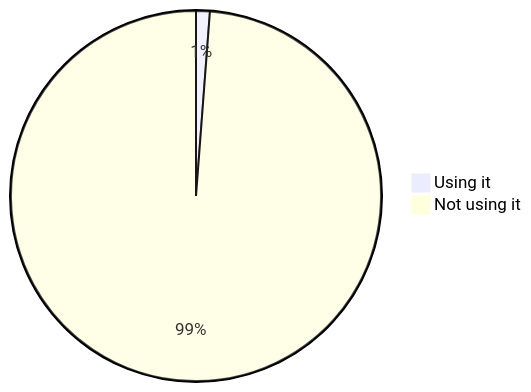
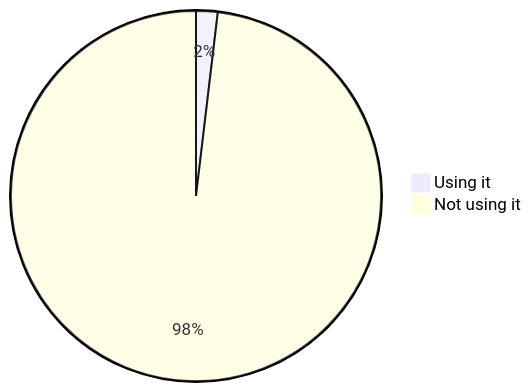
Before and after one commit to oshp/oshp-stats: diagram 12 of 18 in stats.md, drawn with Mermaid. The commit also changed other lines of this file and 1 other file, not shown here.

````diff
--- a/stats.md
+++ b/stats.md
@@ -140,6 +140,6 @@
 ```mermaid
 pie
-	"Using it" : 1.2
-	"Not using it" : 98.8
+	"Using it" : 1.88
+	"Not using it" : 98.12
 
 ```
````
